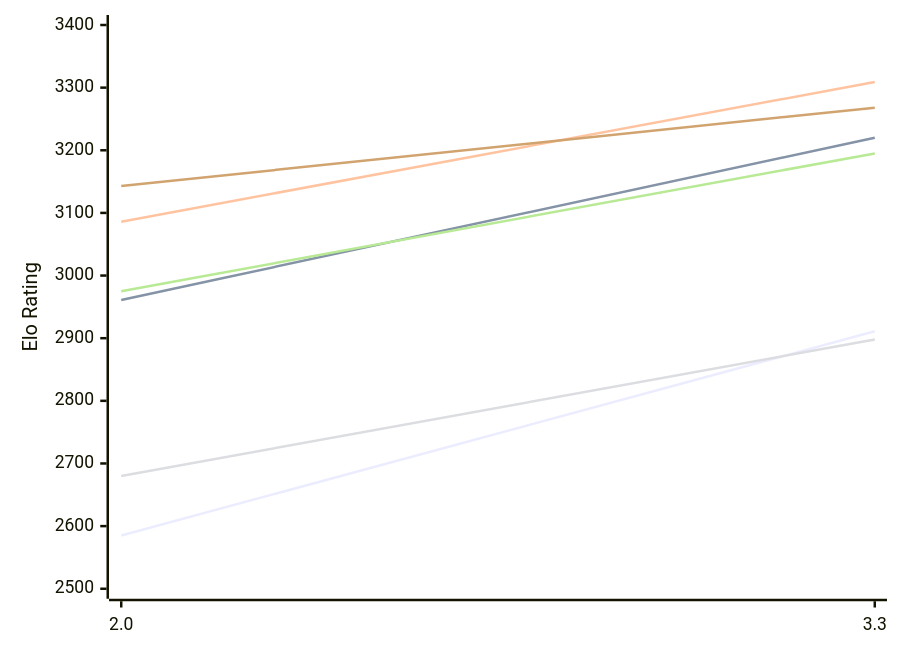
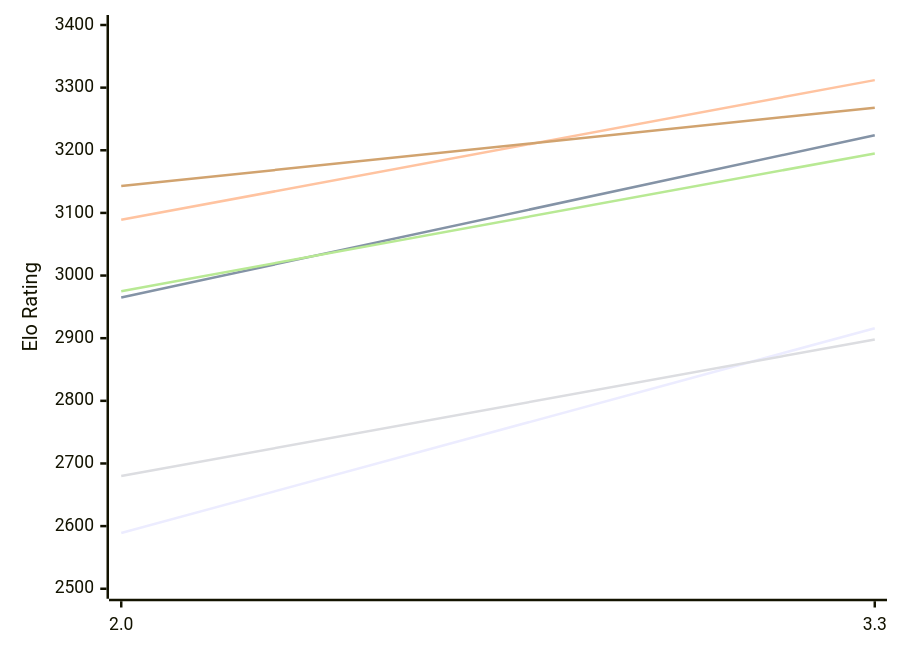
The first of 2 diagrams in engines/Ceylondemon.md (computer-chess-index/cci), drawn with Mermaid before and after one commit. The commit also changed other lines of this file, not shown here.

Commit message:
Update CCI Ratings (ELO VLTC) - 2026-11-22

````diff
--- a/engines/Ceylondemon.md
+++ b/engines/Ceylondemon.md
@@ -50,12 +50,12 @@
 ```mermaid
 %%{init: {"theme":"base","themeVariables":{"seriesColors:['#a3a3a3','#222221','#faa371']}}}%%
 xychart-beta
   x-axis ["2.0", "3.3"]
   y-axis "Elo Rating" 2500 --> 3400
-  line "E1: STC (8.0+0.08s)" [2585, 2911]
-  line "E1: LTC (60.0+0.60s)" [2961, 3220]
-  line "E1: VLTC (2m24s+1.12s)" [3086, 3309]
+  line "E1: STC (8.0+0.08s)" [2589, 2916]
+  line "E1: LTC (60.0+0.60s)" [2965, 3224]
+  line "E1: VLTC (2m24s+1.12s)" [3089, 3312]
   line "P1: STC (8.0+0.08s)" [2680, 2898]
   line "P1: LTC (60.0+0.60s)" [2975, 3195]
   line "P1: VLTC (2m24s+1.12s)" [3143, 3268]
 ```
````
